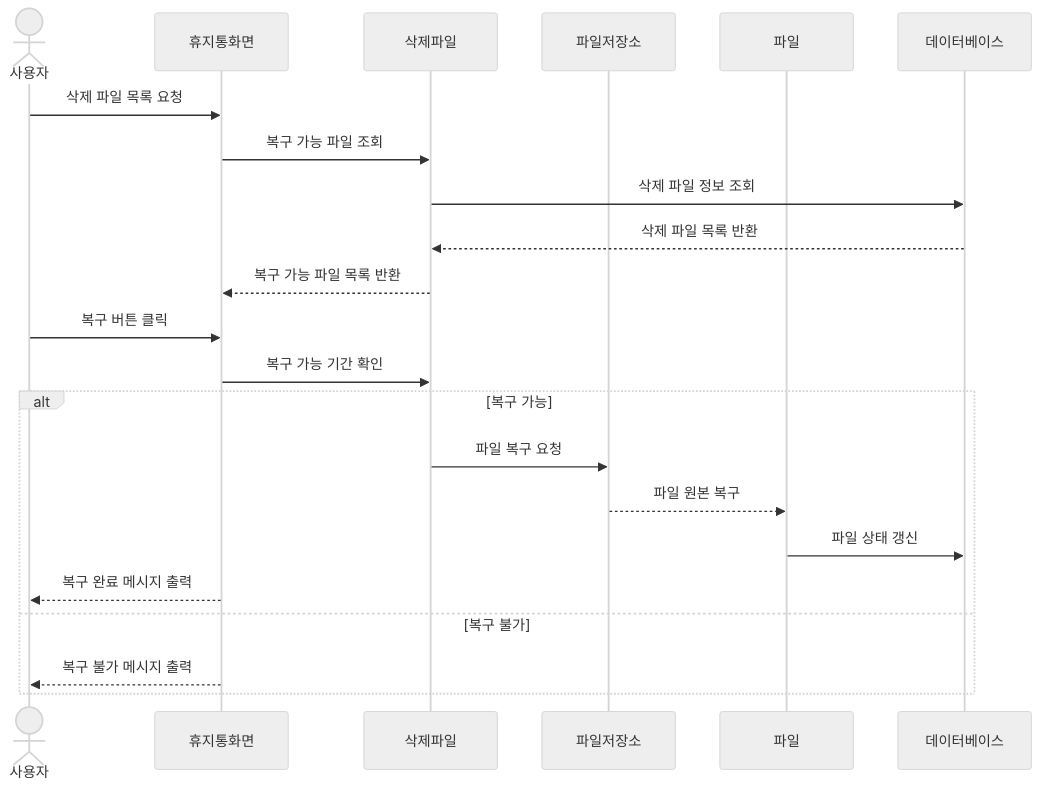
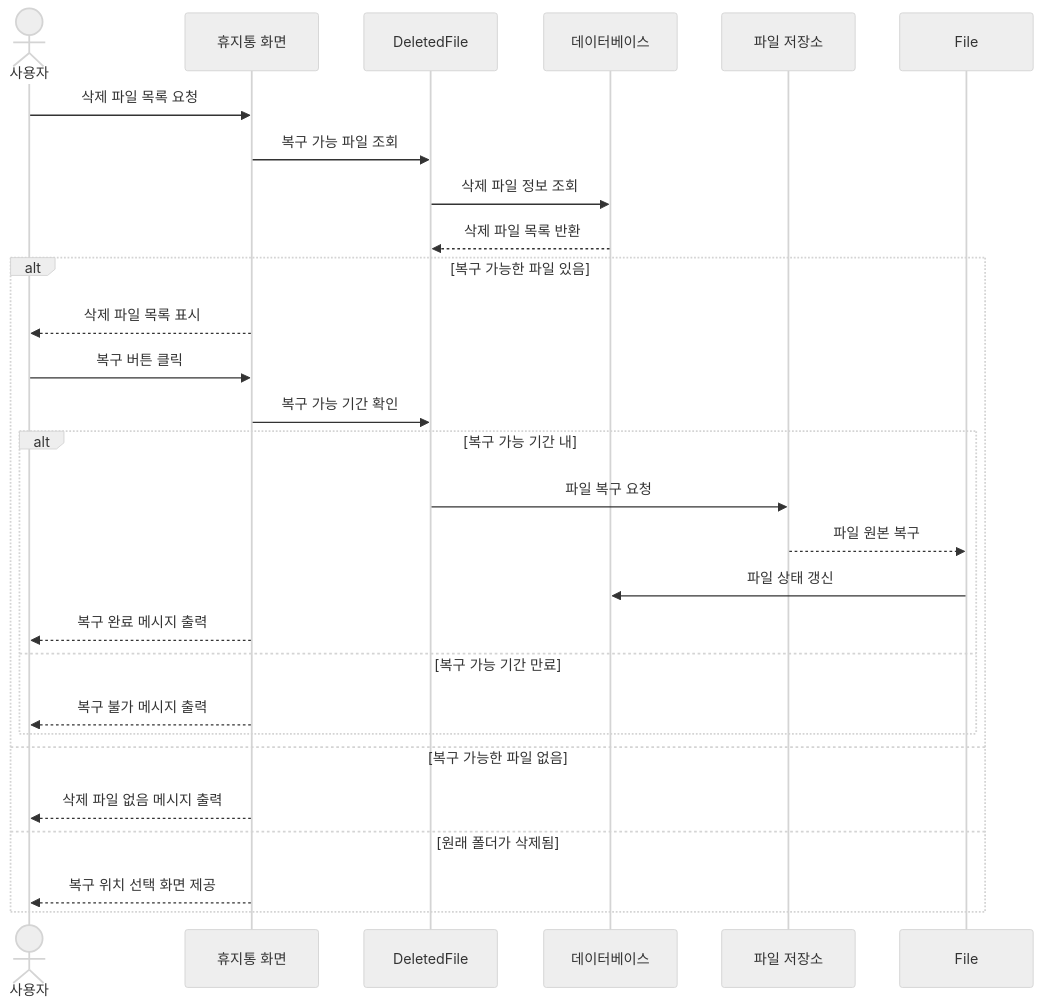
Diagram 14 of 16 in doc/requirements_analysis.md (csharon0218/se), drawn with Mermaid (neutral theme) before and after one commit. The commit also changed other lines of this file and 7 other files, not shown here.

````diff
--- a/doc/requirements_analysis.md
+++ b/doc/requirements_analysis.md
@@ -1363,25 +1713,32 @@
 ```mermaid
 sequenceDiagram
     actor User as 사용자
-    participant UI as 휴지통화면
-    participant Del as 삭제파일
-    participant Storage as 파일저장소
-    participant File as 파일
+    participant UI as 휴지통 화면
+    participant Deleted as DeletedFile
     participant DB as 데이터베이스
+    participant Storage as 파일 저장소
+    participant File as File
 
     User->>UI: 삭제 파일 목록 요청
-    UI->>Del: 복구 가능 파일 조회
-    Del->>DB: 삭제 파일 정보 조회
-    DB-->>Del: 삭제 파일 목록 반환
-    Del-->>UI: 복구 가능 파일 목록 반환
-    User->>UI: 복구 버튼 클릭
-    UI->>Del: 복구 가능 기간 확인
-    alt 복구 가능
-        Del->>Storage: 파일 복구 요청
-        Storage-->>File: 파일 원본 복구
-        File->>DB: 파일 상태 갱신
-        UI-->>User: 복구 완료 메시지 출력
-    else 복구 불가
-        UI-->>User: 복구 불가 메시지 출력
+    UI->>Deleted: 복구 가능 파일 조회
+    Deleted->>DB: 삭제 파일 정보 조회
+    DB-->>Deleted: 삭제 파일 목록 반환
+
+    alt 복구 가능한 파일 있음
+        UI-->>User: 삭제 파일 목록 표시
+        User->>UI: 복구 버튼 클릭
+        UI->>Deleted: 복구 가능 기간 확인
+        alt 복구 가능 기간 내
+            Deleted->>Storage: 파일 복구 요청
+            Storage-->>File: 파일 원본 복구
+            File->>DB: 파일 상태 갱신
+            UI-->>User: 복구 완료 메시지 출력
+        else 복구 가능 기간 만료
+            UI-->>User: 복구 불가 메시지 출력
+        end
+    else 복구 가능한 파일 없음
+        UI-->>User: 삭제 파일 없음 메시지 출력
+    else 원래 폴더가 삭제됨
+        UI-->>User: 복구 위치 선택 화면 제공
     end
 ```
````
